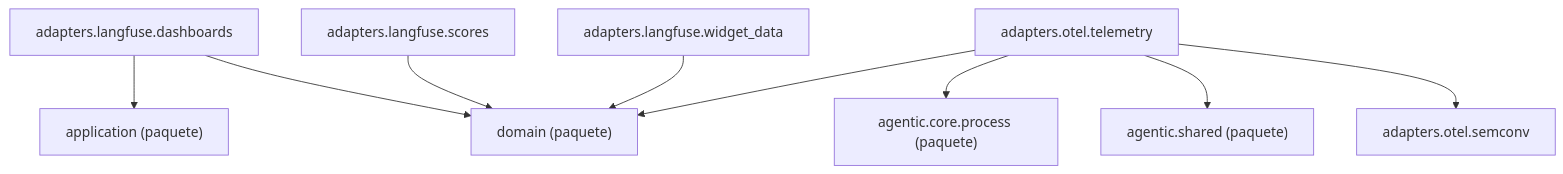
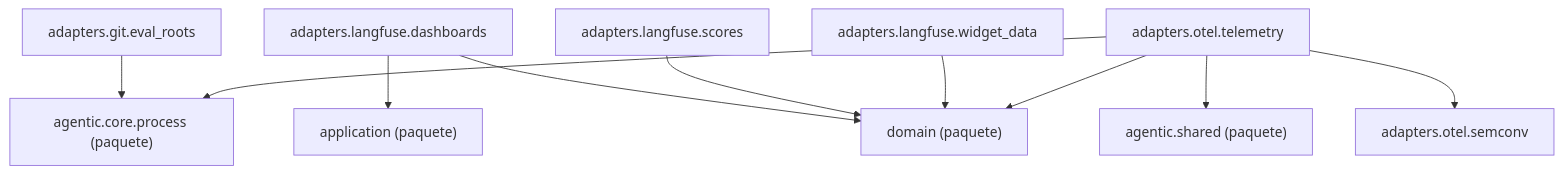
Before and after one commit to GonzaloZevallos/agentic-system: the diagram in docs/architecture/generated/packages-measurement-adapters.md, drawn with Mermaid. The commit also changed 4 other files, not shown here.

````diff
--- a/docs/architecture/generated/packages-measurement-adapters.md
+++ b/docs/architecture/generated/packages-measurement-adapters.md
@@ -8,20 +8,22 @@
 ```mermaid
 graph TD
     g_pkg__agentic__core__process["agentic.core.process (paquete)"]
     g_pkg__agentic__shared["agentic.shared (paquete)"]
     g_pkg__application["application (paquete)"]
     g_pkg__domain["domain (paquete)"]
+    m_adapters__git__eval_roots["adapters.git.eval_roots"]
     m_adapters__langfuse__dashboards["adapters.langfuse.dashboards"]
     m_adapters__langfuse__scores["adapters.langfuse.scores"]
     m_adapters__langfuse__widget_data["adapters.langfuse.widget_data"]
     m_adapters__otel__semconv["adapters.otel.semconv"]
     m_adapters__otel__telemetry["adapters.otel.telemetry"]
+    m_adapters__git__eval_roots --> g_pkg__agentic__core__process
     m_adapters__langfuse__dashboards --> g_pkg__application
     m_adapters__langfuse__dashboards --> g_pkg__domain
     m_adapters__langfuse__scores --> g_pkg__domain
     m_adapters__langfuse__widget_data --> g_pkg__domain
     m_adapters__otel__telemetry --> g_pkg__agentic__core__process
     m_adapters__otel__telemetry --> g_pkg__agentic__shared
     m_adapters__otel__telemetry --> g_pkg__domain
     m_adapters__otel__telemetry --> m_adapters__otel__semconv
 ```
````
